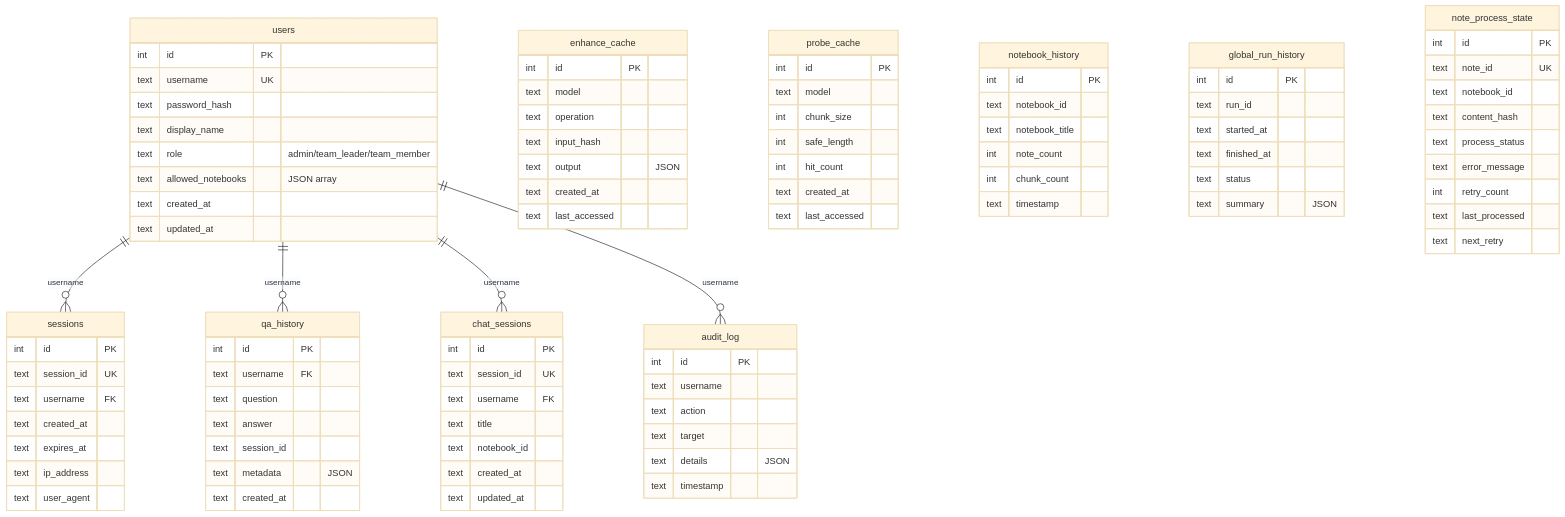
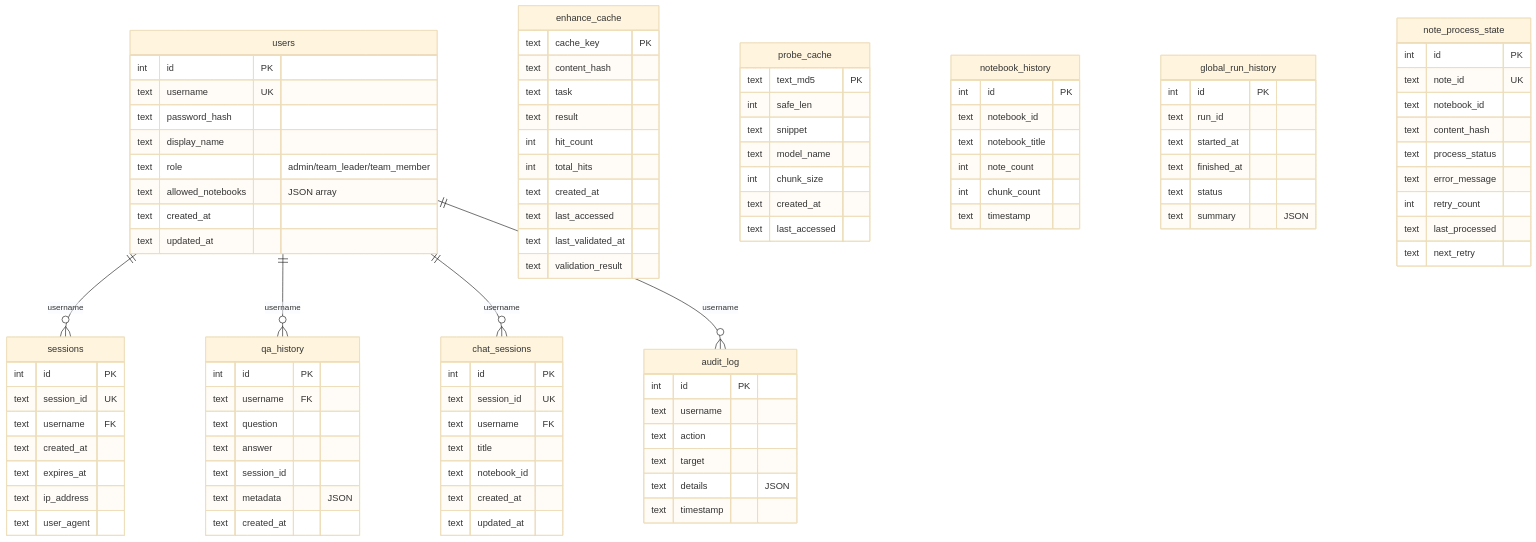
One commit to heart5/joplinai changed the seventh of 10 diagrams in docs/TECHNICAL_MANUAL.md. Above: the diagram before and after it, drawn with Mermaid (base theme). The commit also changed other lines of this file and 3 other files, not shown here.

First line of the commit message:
docs: 四份文档全量更新至当前架构 — 分布式向量化/ChromaDB/ER图

```diff
--- a/docs/TECHNICAL_MANUAL.md
+++ b/docs/TECHNICAL_MANUAL.md
@@ -351,21 +359,24 @@
     }
 
     enhance_cache {
-        int id PK
-        text model
-        text operation
-        text input_hash
-        text output "JSON"
+        text cache_key PK
+        text content_hash
+        text task
+        text result
+        int hit_count
+        int total_hits
         text created_at
         text last_accessed
+        text last_validated_at
+        text validation_result
     }
 
     probe_cache {
-        int id PK
-        text model
+        text text_md5 PK
+        int safe_len
+        text snippet
+        text model_name
         int chunk_size
-        int safe_length
-        int hit_count
         text created_at
         text last_accessed
     }
```
